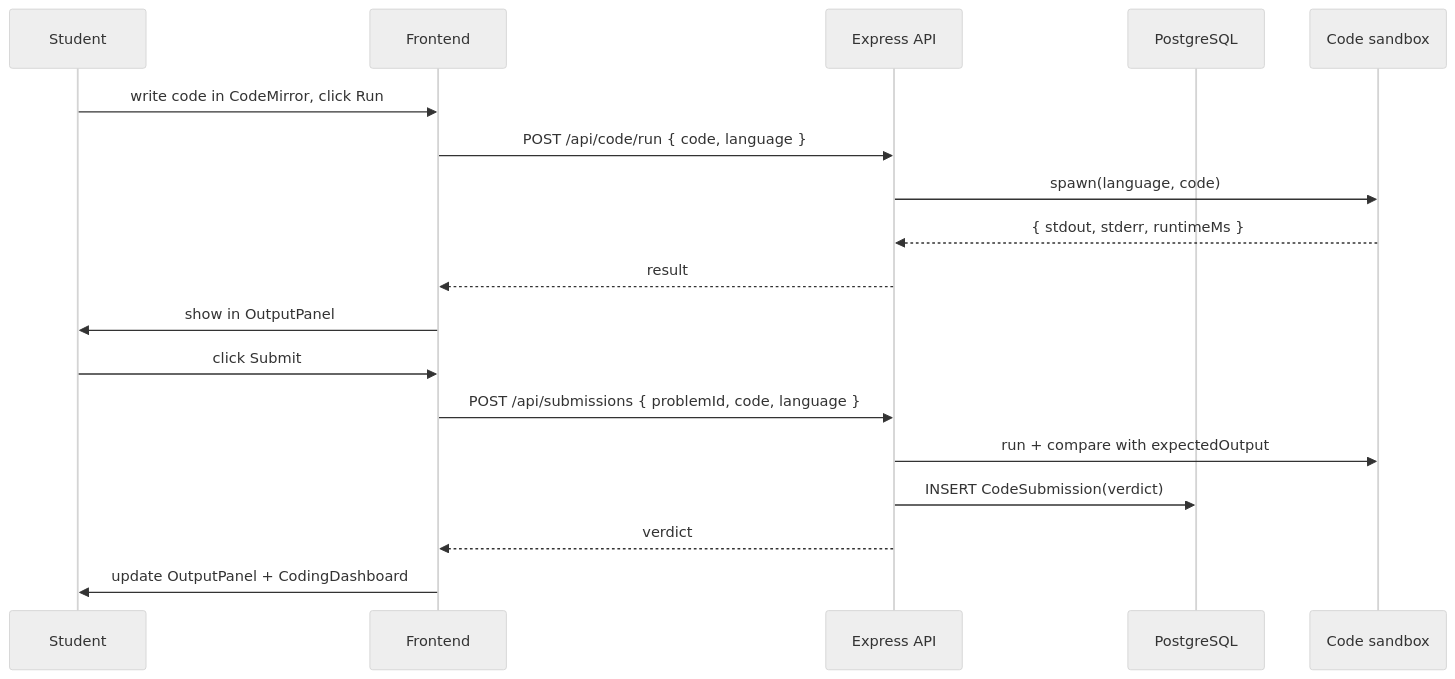
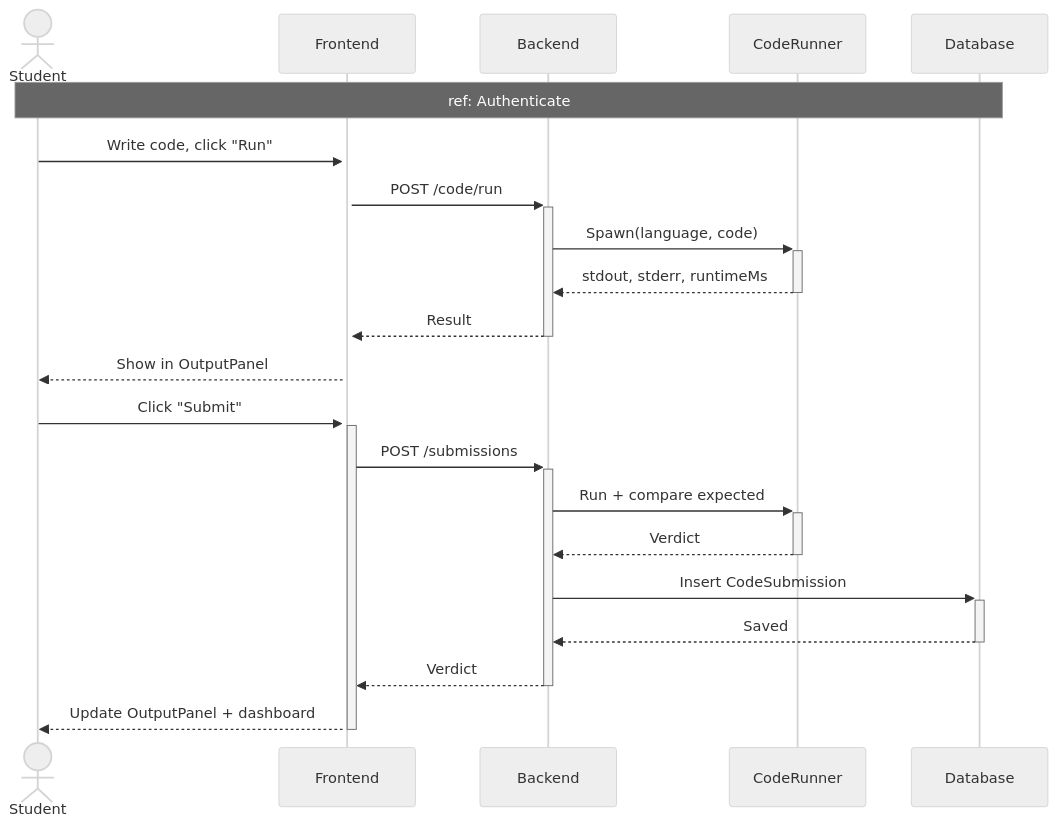
Before and after one commit to MaizaAymen/OmniLearn: the seventh of 19 diagrams in docs/11_flows_and_diagrams.md, drawn with Mermaid (neutral theme). The commit also changed other lines of this file and 4 other files, not shown here.

````diff
--- a/docs/11_flows_and_diagrams.md
+++ b/docs/11_flows_and_diagrams.md
@@ -408,21 +426,26 @@
 ```mermaid
 sequenceDiagram
-  participant S as Student
-  participant FE as Frontend
-  participant API as Express API
-  participant DB as PostgreSQL
-  participant SBX as Code sandbox
+    actor Student
+    participant FE as Frontend
+    participant API as Backend
+    participant Sandbox as CodeRunner
+    participant DB as Database
 
-  S->>FE: write code in CodeMirror, click Run
-  FE->>API: POST /api/code/run { code, language }
-  API->>SBX: spawn(language, code)
-  SBX-->>API: { stdout, stderr, runtimeMs }
-  API-->>FE: result
-  FE->>S: show in OutputPanel
-  S->>FE: click Submit
-  FE->>API: POST /api/submissions { problemId, code, language }
-  API->>SBX: run + compare with expectedOutput
-  API->>DB: INSERT CodeSubmission(verdict)
-  API-->>FE: verdict
-  FE->>S: update OutputPanel + CodingDashboard
+    Note over Student,DB: ref: Authenticate
+
+    Student->>+FE: Write code, click "Run"
+    FE->>+API: POST /code/run
+    API->>+Sandbox: Spawn(language, code)
+    Sandbox-->>-API: stdout, stderr, runtimeMs
+    API-->>-FE: Result
+    FE-->>Student: Show in OutputPanel
+
+    Student->>+FE: Click "Submit"
+    FE->>+API: POST /submissions
+    API->>+Sandbox: Run + compare expected
+    Sandbox-->>-API: Verdict
+    API->>+DB: Insert CodeSubmission
+    DB-->>-API: Saved
+    API-->>-FE: Verdict
+    FE-->>-Student: Update OutputPanel + dashboard
 ```
````
